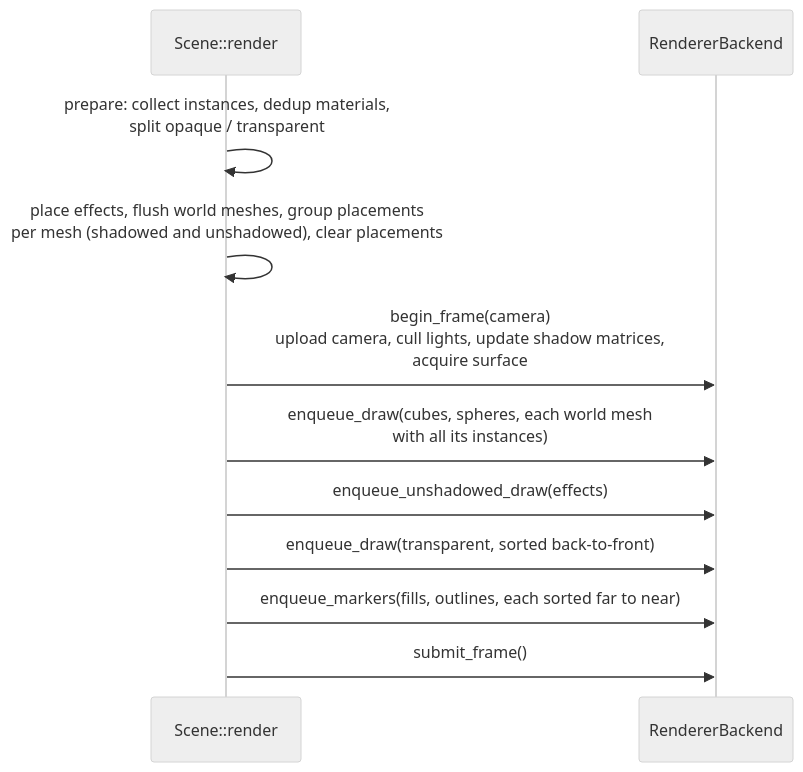
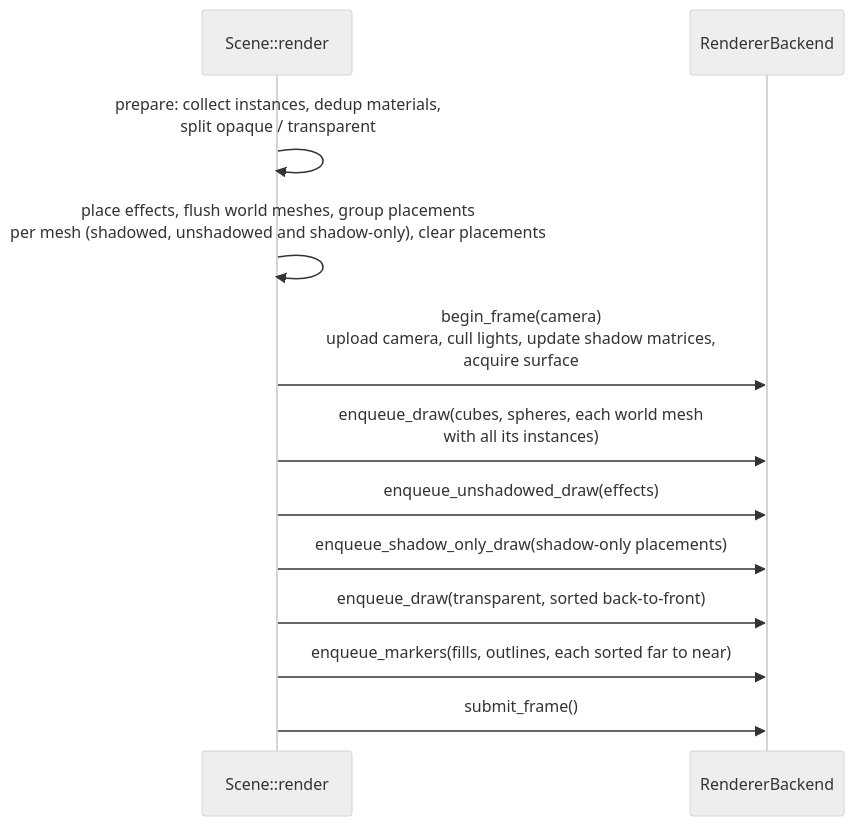
The second of 3 diagrams in wiki/architecture/rendering.md (WrackedFella/moho), drawn with Mermaid (neutral theme) before and after one commit. The commit also changed other lines of this file and 9 other files, not shown here.

First line of the commit message:
feat(renderer): a placed mesh casts a shadow without being drawn in view [ENG-F38-02] (#993)

````diff
--- a/wiki/architecture/rendering.md
+++ b/wiki/architecture/rendering.md
@@ -381,13 +387,14 @@
 ```mermaid
 sequenceDiagram
     participant S as Scene::render
     participant B as RendererBackend
     S->>S: prepare: collect instances, dedup materials,<br/>split opaque / transparent
-    S->>S: place effects, flush world meshes, group placements<br/>per mesh (shadowed and unshadowed), clear placements
+    S->>S: place effects, flush world meshes, group placements<br/>per mesh (shadowed, unshadowed and shadow-only), clear placements
     S->>B: begin_frame(camera)<br/>upload camera, cull lights, update shadow matrices,<br/>acquire surface
     S->>B: enqueue_draw(cubes, spheres, each world mesh<br/>with all its instances)
     S->>B: enqueue_unshadowed_draw(effects)
+    S->>B: enqueue_shadow_only_draw(shadow-only placements)
     S->>B: enqueue_draw(transparent, sorted back-to-front)
     S->>B: enqueue_markers(fills, outlines, each sorted far to near)
     S->>B: submit_frame()
 ```
````
